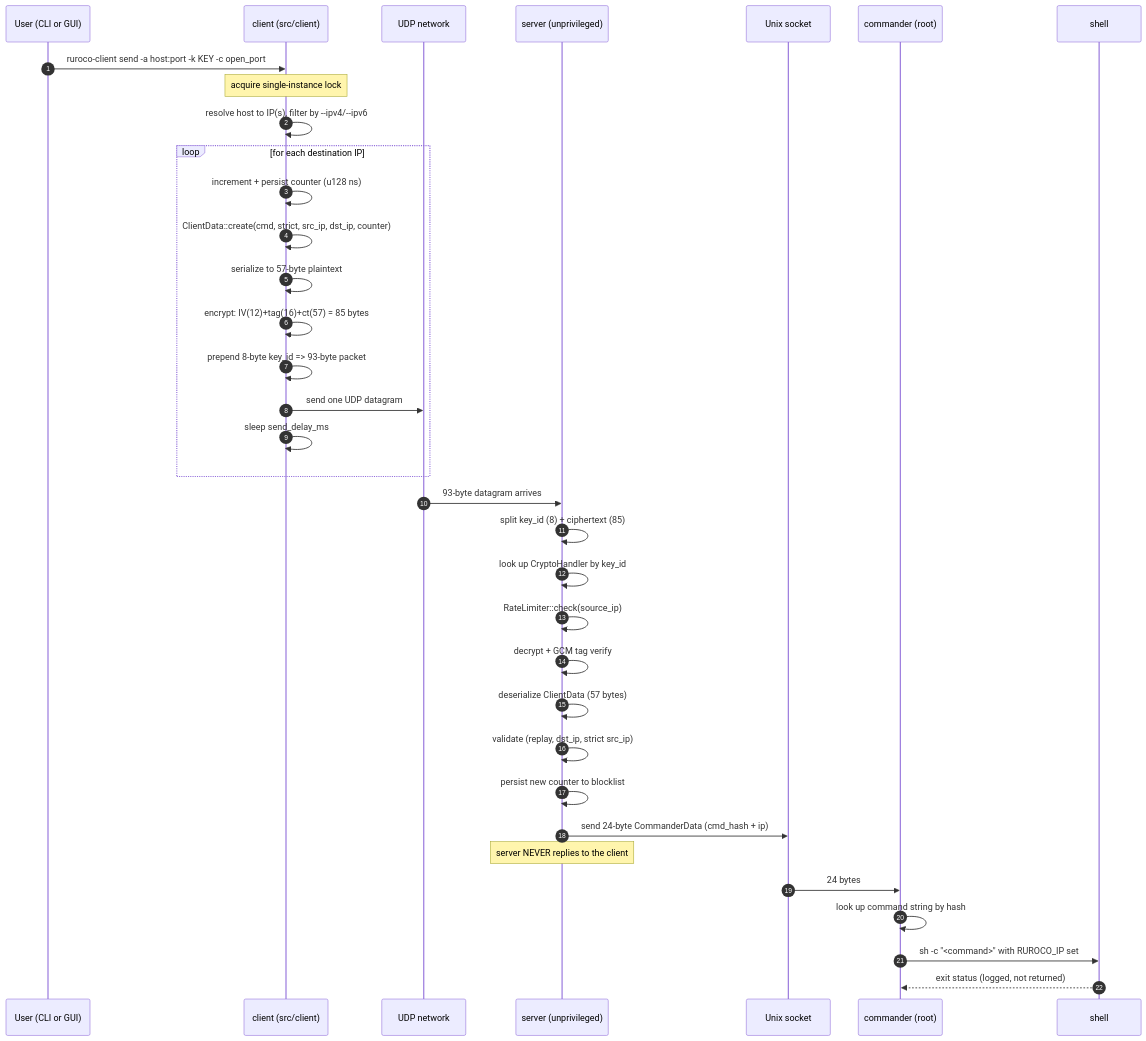
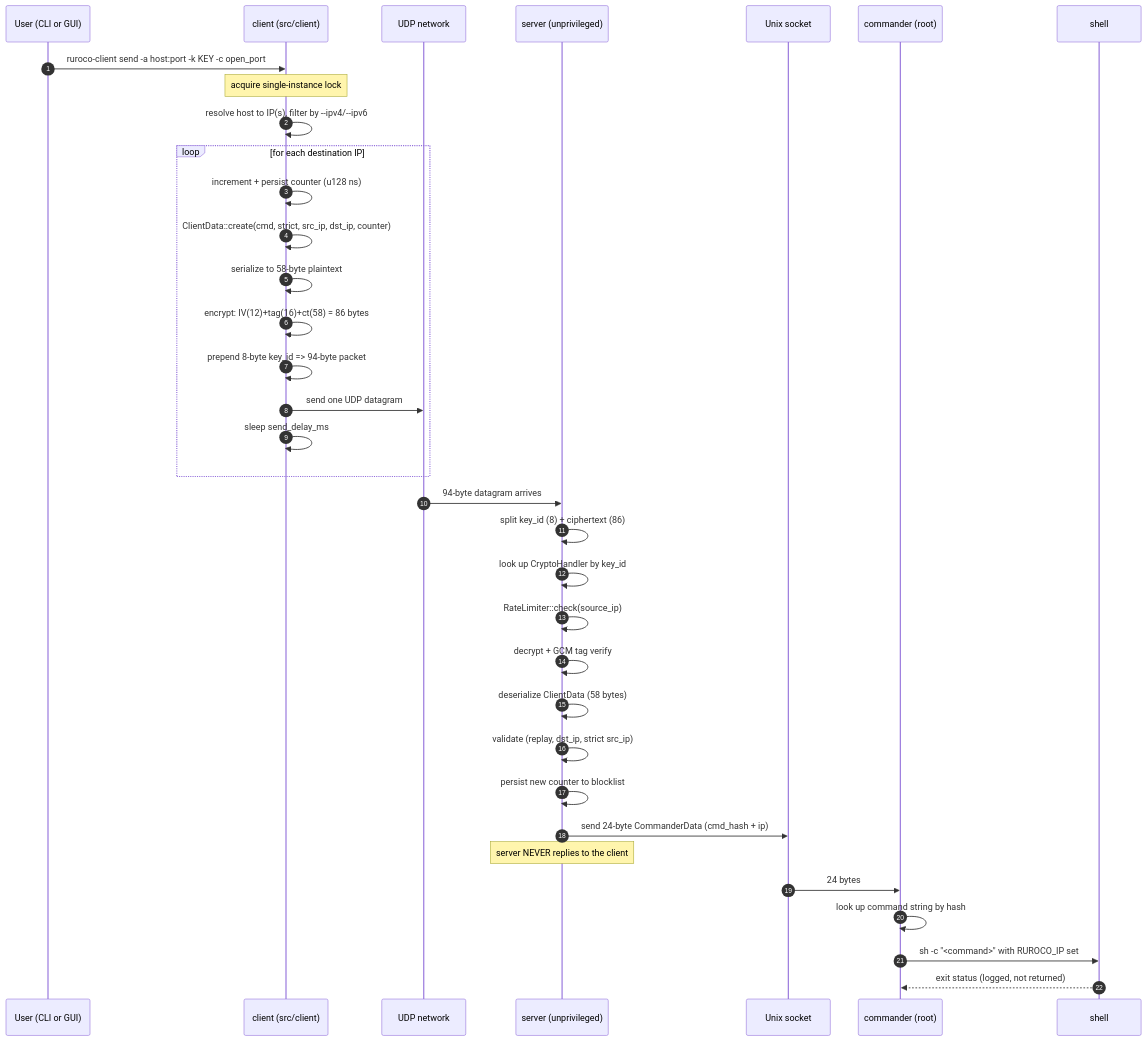
The diagram in docs/src/architecture/end-to-end-flow.md (beac0n/ruroco), drawn with Mermaid before and after one commit. The commit also changed other lines of this file and 15 other files, not shown here.

````diff
--- a/docs/src/architecture/end-to-end-flow.md
+++ b/docs/src/architecture/end-to-end-flow.md
@@ -9,38 +9,38 @@
 ```mermaid
 sequenceDiagram
     autonumber
     participant U as User (CLI or GUI)
     participant C as client (src/client)
     participant Net as UDP network
     participant S as server (unprivileged)
     participant Sock as Unix socket
     participant Cmd as commander (root)
     participant Sh as shell
 
     U->>C: ruroco-client send -a host:port -k KEY -c open_port
     Note over C: acquire single-instance lock
     C->>C: resolve host to IP(s), filter by --ipv4/--ipv6
     loop for each destination IP
         C->>C: increment + persist counter (u128 ns)
         C->>C: ClientData::create(cmd, strict, src_ip, dst_ip, counter)
-        C->>C: serialize to 57-byte plaintext
-        C->>C: encrypt: IV(12)+tag(16)+ct(57) = 85 bytes
-        C->>C: prepend 8-byte key_id => 93-byte packet
+        C->>C: serialize to 58-byte plaintext
+        C->>C: encrypt: IV(12)+tag(16)+ct(58) = 86 bytes
+        C->>C: prepend 8-byte key_id => 94-byte packet
         C->>Net: send one UDP datagram
         C->>C: sleep send_delay_ms
     end
-    Net->>S: 93-byte datagram arrives
-    S->>S: split key_id (8) + ciphertext (85)
+    Net->>S: 94-byte datagram arrives
+    S->>S: split key_id (8) + ciphertext (86)
     S->>S: look up CryptoHandler by key_id
     S->>S: RateLimiter::check(source_ip)
     S->>S: decrypt + GCM tag verify
-    S->>S: deserialize ClientData (57 bytes)
+    S->>S: deserialize ClientData (58 bytes)
     S->>S: validate (replay, dst_ip, strict src_ip)
     S->>S: persist new counter to blocklist
     S->>Sock: send 24-byte CommanderData (cmd_hash + ip)
     Note over S: server NEVER replies to the client
     Sock->>Cmd: 24 bytes
     Cmd->>Cmd: look up command string by hash
     Cmd->>Sh: sh -c "<command>" with RUROCO_IP set
     Sh-->>Cmd: exit status (logged, not returned)
 ```
````
